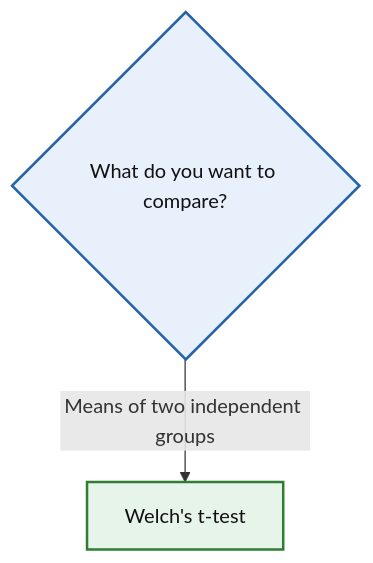
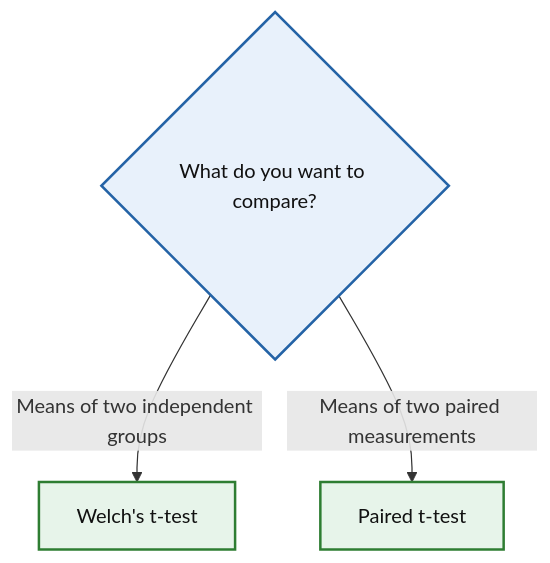
Before and after one commit to ironhack-edu/StatNavigator: the diagram in docs/index.md, drawn with Mermaid. The commit also changed other lines of this file and 1 other file, not shown here.

Commit message:
Added a preliminar version of the paired-t-test

````diff
--- a/docs/index.md
+++ b/docs/index.md
@@ -5,13 +5,16 @@
 ```mermaid
 flowchart TD
     START{"What do you want to compare?"}
+
     START -->|"Means of two independent groups"| WELCH["Welch's t-test"]
+    START -->|"Means of two paired measurements"| PAIRED["Paired t-test"]
 
     click WELCH "tests/welch-t-test/" "Open the Welch's t-test card"
+    click PAIRED "tests/paired-t-test/" "Open the paired t-test card"
 
     classDef question fill:#e8f1fb,stroke:#2463a6,stroke-width:2px,color:#111;
     classDef continuous fill:#e7f4ea,stroke:#2e7d32,stroke-width:2px,color:#111;
 
     class START question;
-    class WELCH continuous;
+    class WELCH,PAIRED continuous;
 ```
````
